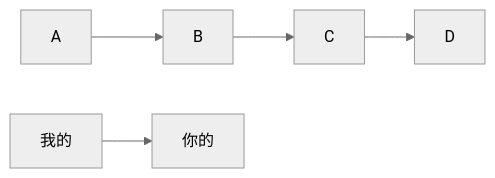
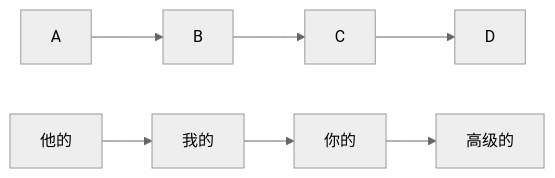
Before and after one commit to caiyunlin/docsify-editor: the first of 2 diagrams in docs/README.md, drawn with Mermaid (neutral theme). The commit also changed other lines of this file and 5 other files, not shown here.

Commit message:
Support mermaid edit button mode

````diff
--- a/docs/README.md
+++ b/docs/README.md
@@ -5,7 +5,9 @@
 ```mermaid
 graph LR;
 A --> B
 C --> D
 B --> C
 我的--> 你的
+他的-->我的
+你的-->高级的
 ```
````
